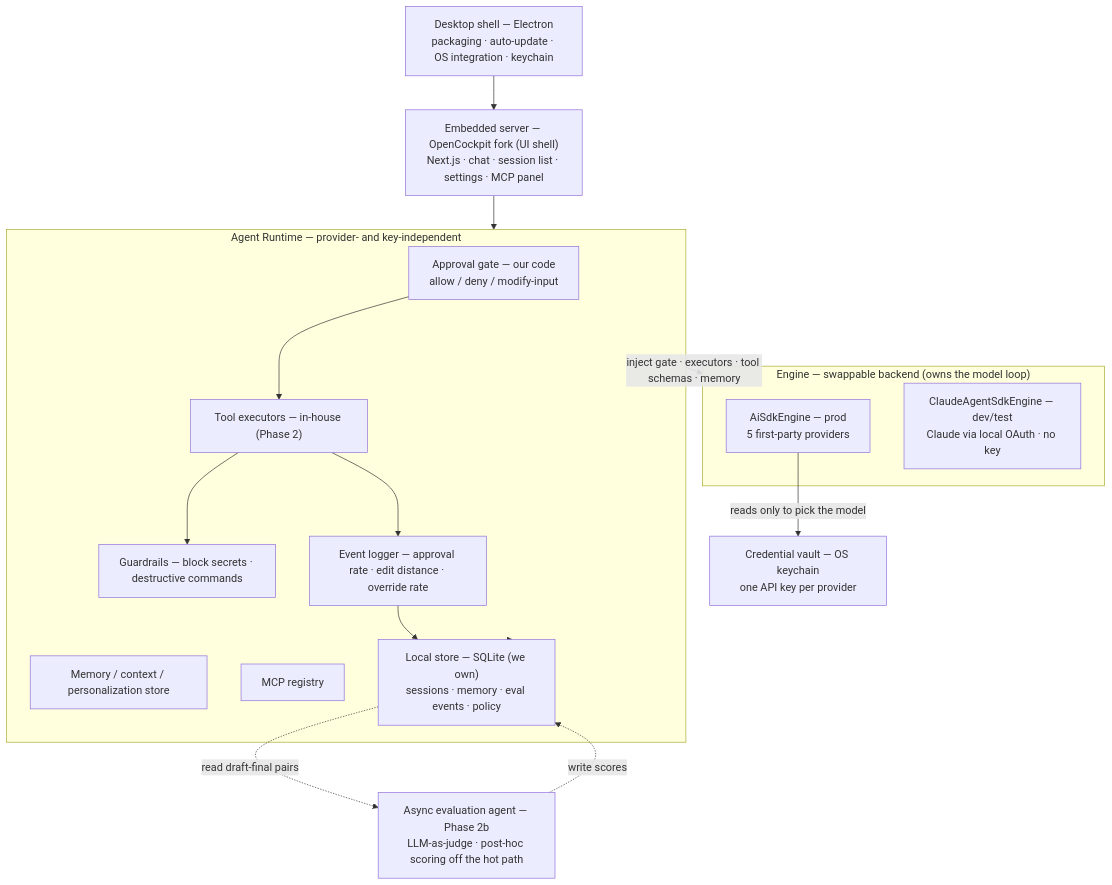
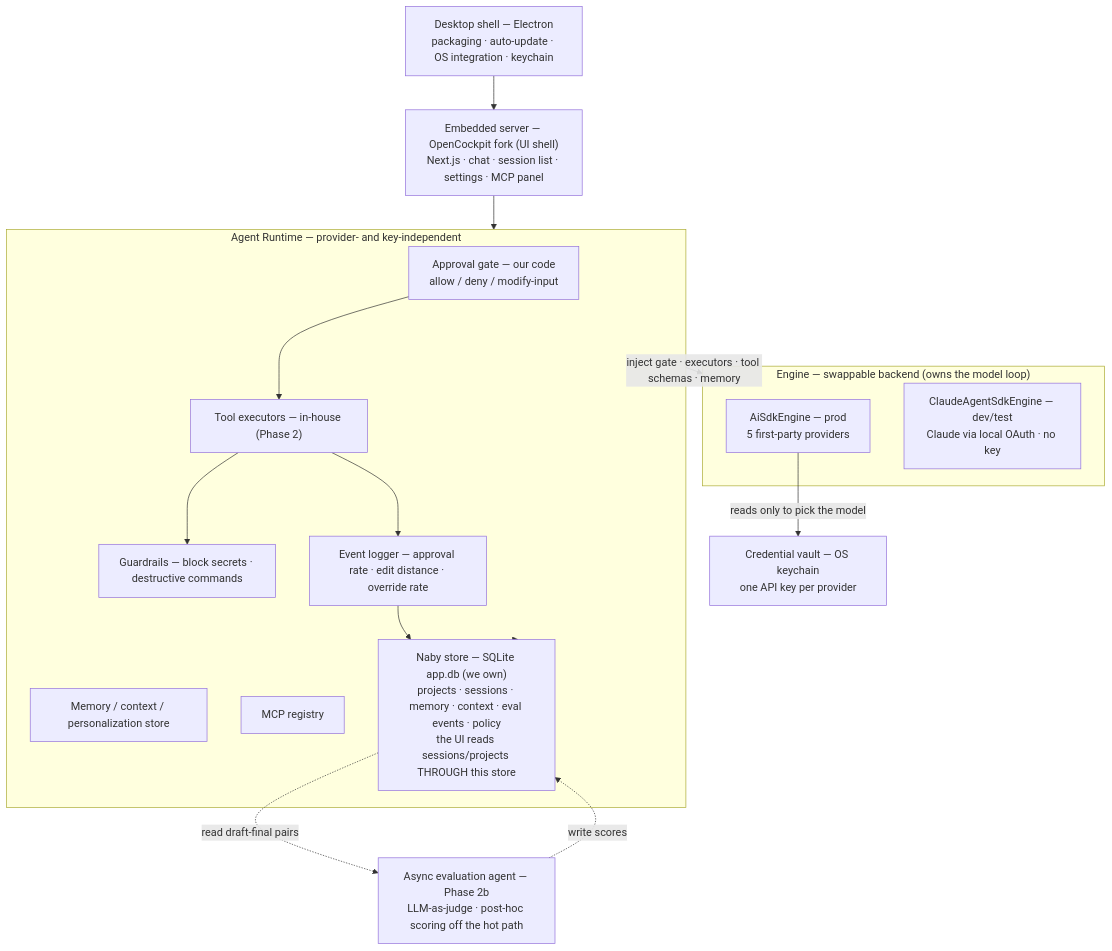
Before and after one commit to leonardo204/naby: the diagram in ref-docs/specs/design/personalized-agent-desktop-app.md, drawn with Mermaid. The commit also changed other lines of this file and 4 other files, not shown here.

````diff
--- a/ref-docs/specs/design/personalized-agent-desktop-app.md
+++ b/ref-docs/specs/design/personalized-agent-desktop-app.md
@@ -100,30 +104,30 @@
 ```mermaid
 flowchart TD
   A["Desktop shell — Electron<br>packaging · auto-update · OS integration · keychain"]
   B["Embedded server — OpenCockpit fork (UI shell)<br>Next.js · chat · session list · settings · MCP panel"]
   subgraph RT["Agent Runtime — provider- and key-independent"]
     G["Approval gate — our code<br>allow / deny / modify-input"]
     F["Tool executors — in-house (Phase 2)"]
     MEM["Memory / context / personalization store"]
     MCP["MCP registry"]
     H["Guardrails — block secrets · destructive commands"]
     J["Event logger — approval rate · edit distance · override rate"]
-    K["Local store — SQLite (we own)<br>sessions · memory · eval events · policy"]
+    K["Naby store — SQLite app.db (we own)<br>projects · sessions · memory · context · eval events · policy<br>the UI reads sessions/projects THROUGH this store"]
   end
   subgraph ENG["Engine — swappable backend (owns the model loop)"]
     E1["AiSdkEngine — prod<br>5 first-party providers"]
     E2["ClaudeAgentSdkEngine — dev/test<br>Claude via local OAuth · no key"]
   end
   N["Credential vault — OS keychain<br>one API key per provider"]
   L["Async evaluation agent — Phase 2b<br>LLM-as-judge · post-hoc scoring off the hot path"]
   A --> B --> RT
   RT -->|"inject gate · executors · tool schemas · memory"| ENG
   E1 -->|"reads only to pick the model"| N
   G --> F
   F --> H
   F --> J
   RT --> K
   J --> K
   K -. read draft-final pairs .-> L
   L -. write scores .-> K
 ```
````
